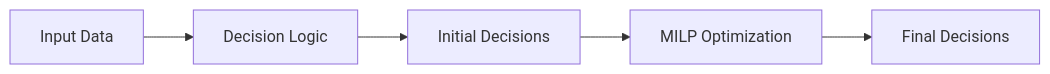
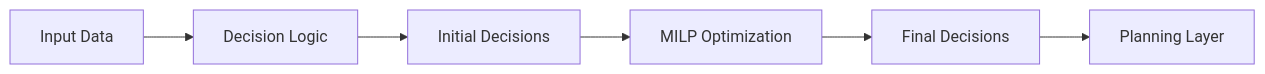
One commit to manuelpeba/football-decision-engine changed the first of 2 diagrams in README.md. Above: the diagram before and after it, drawn with Mermaid. The commit also changed other lines of this file, not shown here.

````diff
--- a/README.md
+++ b/README.md
@@ -341,7 +332,8 @@
 ```mermaid
 flowchart LR
     A[Input Data] --> B[Decision Logic]
     B --> C[Initial Decisions]
     C --> D[MILP Optimization]
     D --> E[Final Decisions]
+    E --> F[Planning Layer]
 ```
````
